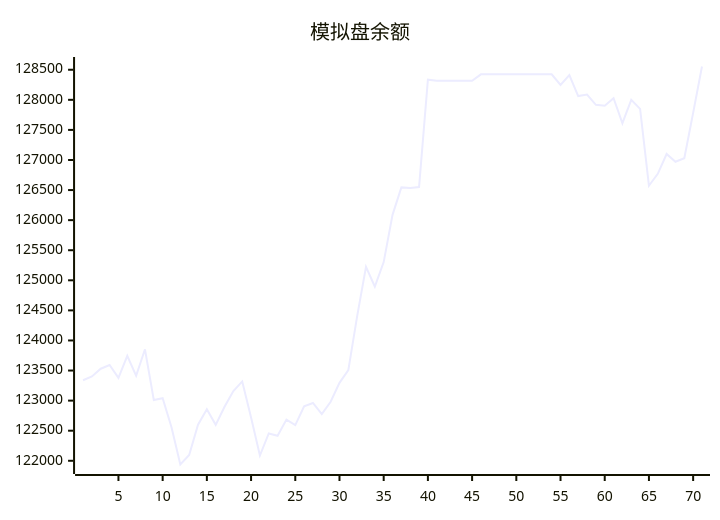
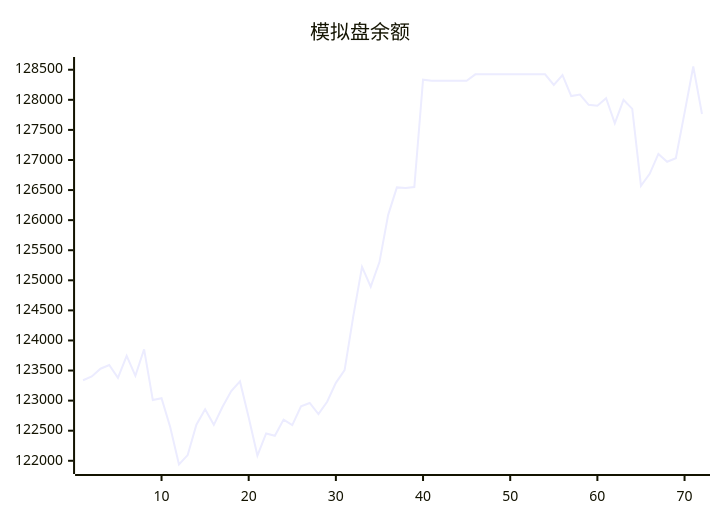
The diagram in trading/README.md (aahl/mcp-aktools), drawn with Mermaid before and after one commit. The commit also changed other lines of this file and 1 other file, not shown here.

````diff
--- a/trading/README.md
+++ b/trading/README.md
@@ -3,5 +3,5 @@
 ```mermaid
 xychart
     title "模拟盘余额"
-    line [123338,123402,123530,123592,123378,123745,123413,123853,123009,123040,122557,121938,122095,122599,122856,122597,122898,123160,123319,122719,122087,122454,122416,122685,122592,122907,122961,122776,122981,123295,123507,124403,125224,124894,125303,126088,126544,126534,126549,128335,128318,128318,128318,128318,128318,128424,128424,128424,128424,128424,128424,128424,128424,128424,128247,128412,128062,128087,127917,127901,128026,127611,128000,127850,126572,126770,127100,126971,127029,127783,128554]
+    line [123338,123402,123530,123592,123378,123745,123413,123853,123009,123040,122557,121938,122095,122599,122856,122597,122898,123160,123319,122719,122087,122454,122416,122685,122592,122907,122961,122776,122981,123295,123507,124403,125224,124894,125303,126088,126544,126534,126549,128335,128318,128318,128318,128318,128318,128424,128424,128424,128424,128424,128424,128424,128424,128424,128247,128412,128062,128087,127917,127901,128026,127611,128000,127850,126572,126770,127100,126971,127029,127783,128554,127765]
 ```
````
